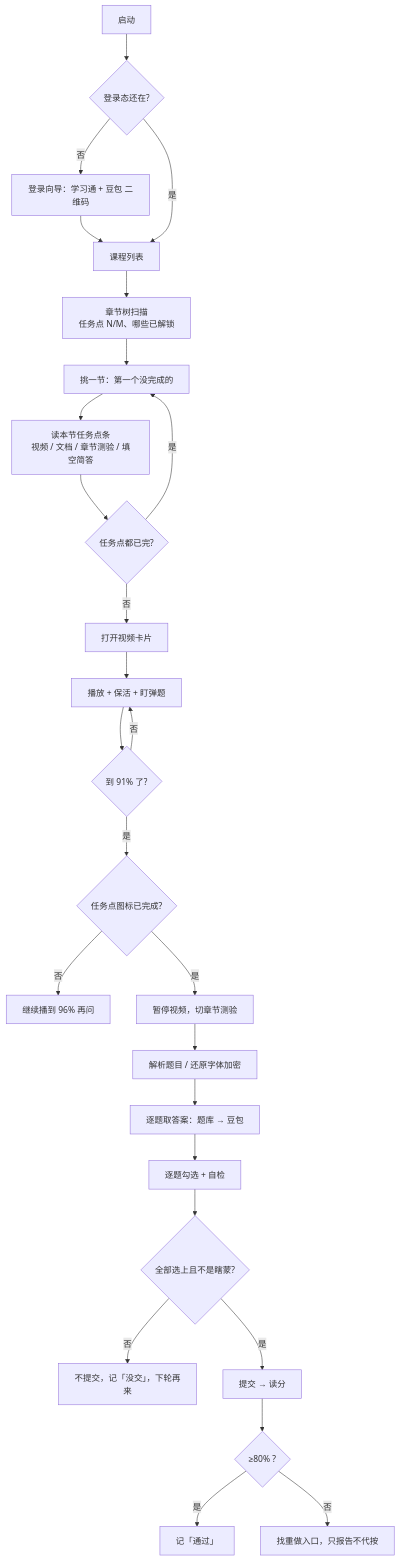
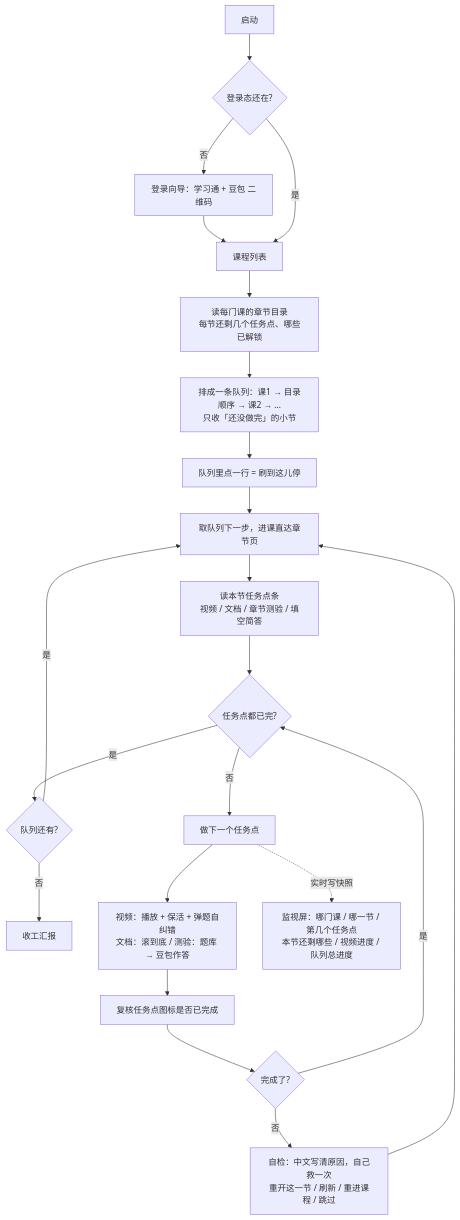
The diagram in README.md (EliasNeko/xuanyan-qigong), drawn with Mermaid before and after one commit. The commit also changed other lines of this file and 4 other files, not shown here.

````diff
--- a/README.md
+++ b/README.md
@@ -34,28 +40,24 @@
 ```mermaid
 flowchart TD
     A[启动] --> B{登录态还在?}
     B -- 否 --> C[登录向导：学习通 + 豆包 二维码]
     C --> D[课程列表]
     B -- 是 --> D
-    D --> E[章节树扫描<br/>任务点 N/M、哪些已解锁]
-    E --> F[挑一节：第一个没完成的]
-    F --> G[读本节任务点条<br/>视频 / 文档 / 章节测验 / 填空简答]
-    G --> H{任务点都已完?}
-    H -- 是 --> F
-    H -- 否 --> I[打开视频卡片]
-    I --> J[播放 + 保活 + 盯弹题]
-    J --> K{到 91% 了?}
-    K -- 是 --> L{任务点图标已完成?}
-    L -- 否 --> M[继续播到 96% 再问]
-    L -- 是 --> N[暂停视频，切章节测验]
-    K -- 否 --> J
-    N --> O[解析题目 / 还原字体加密]
-    O --> P[逐题取答案：题库 → 豆包]
-    P --> Q[逐题勾选 + 自检]
-    Q --> R{全部选上且不是瞎蒙?}
-    R -- 否 --> S[不提交，记「没交」，下轮再来]
-    R -- 是 --> T[提交 → 读分]
-    T --> U{≥80% ?}
-    U -- 是 --> V[记「通过」]
-    U -- 否 --> W[找重做入口，只报告不代按]
+    D --> E[读每门课的章节目录<br/>每节还剩几个任务点、哪些已解锁]
+    E --> F[排成一条队列：课1 → 目录顺序 → 课2 → …<br/>只收「还没做完」的小节]
+    F --> G[队列里点一行 = 刷到这儿停]
+    G --> H[取队列下一步，进课直达章节页]
+    H --> I[读本节任务点条<br/>视频 / 文档 / 章节测验 / 填空简答]
+    I --> J{任务点都已完?}
+    J -- 是 --> K{队列还有?}
+    K -- 是 --> H
+    K -- 否 --> Z[收工汇报]
+    J -- 否 --> L[做下一个任务点]
+    L --> M[视频：播放 + 保活 + 弹题自纠错<br/>文档：滚到底 / 测验：题库 → 豆包作答]
+    M --> N[复核任务点图标是否已完成]
+    N --> O{完成了?}
+    O -- 是 --> J
+    O -- 否 --> P[自检：中文写清原因，自己救一次<br/>重开这一节 / 刷新 / 重进课程 / 跳过]
+    P --> H
+    L -.实时写快照.-> X[监视屏：哪门课 / 哪一节 / 第几个任务点<br/>本节还剩哪些 / 视频进度 / 队列总进度]
 ```
````
